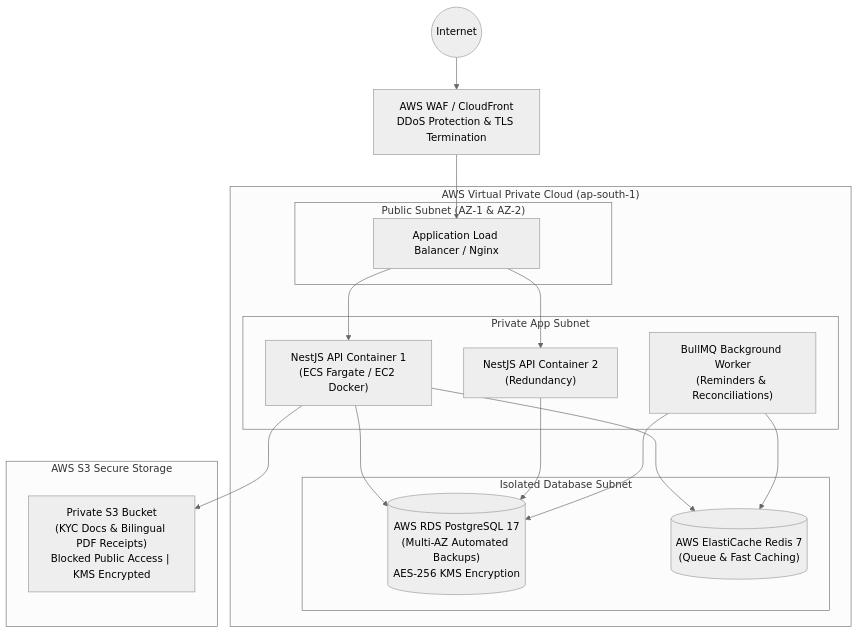
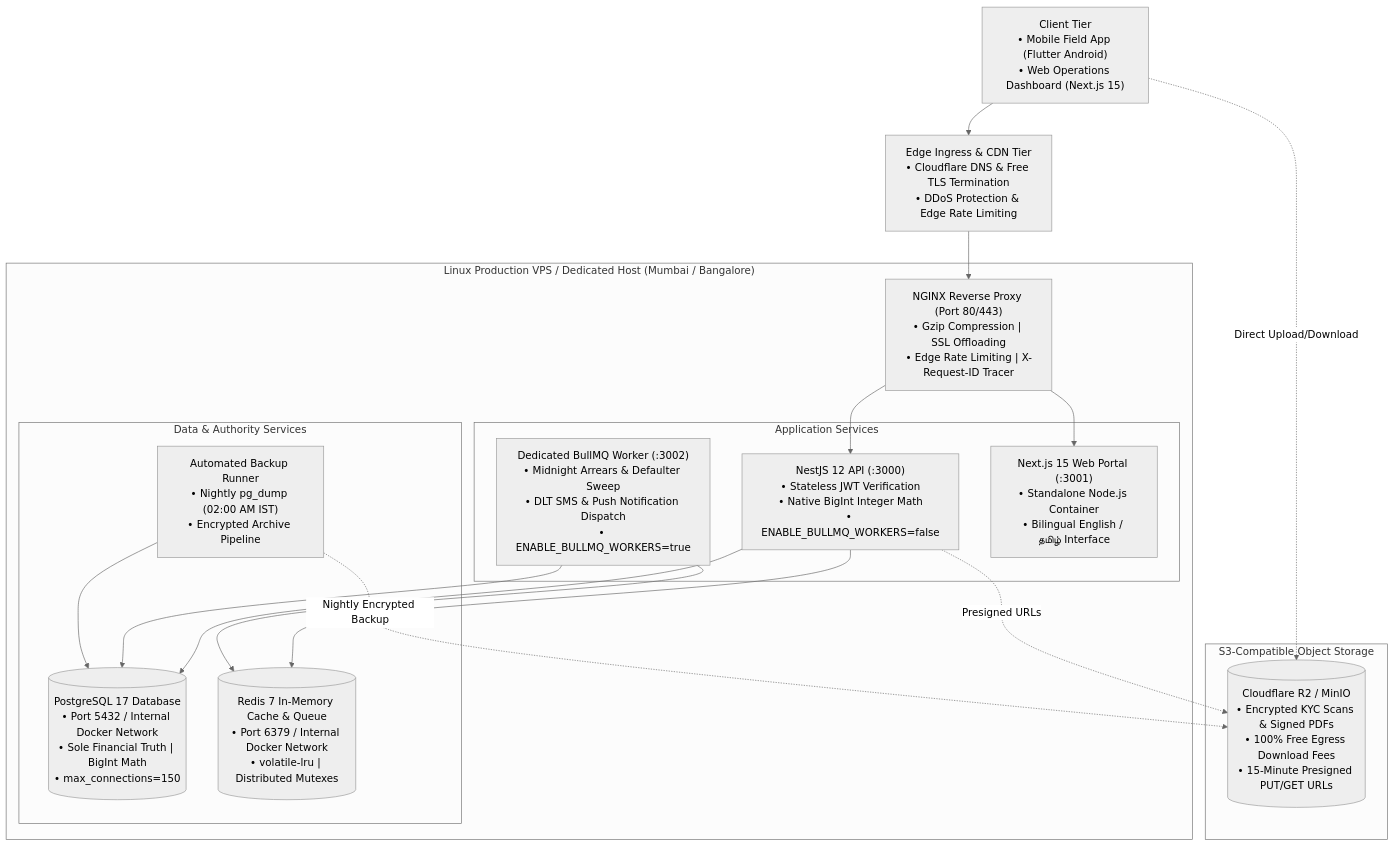
One commit to Kathir-24/Kumaran-finance changed the diagram in docs/06-devops/infrastructure-and-drp.md. Above: the diagram before and after it, drawn with Mermaid (neutral theme). The commit also changed other lines of this file and 34 other files, not shown here.

First line of the commit message:
docs(infra): establish flat-fee linux vps and cloudflare r2 as primary deployment architecture

````diff
--- a/docs/06-devops/infrastructure-and-drp.md
+++ b/docs/06-devops/infrastructure-and-drp.md
@@ -11,35 +14,39 @@
 ```mermaid
 flowchart TD
-    Internet((Internet)) --> WAF[AWS WAF / CloudFront\nDDoS Protection & TLS Termination]
-    WAF --> ALB[Application Load Balancer / Nginx]
-
-    subgraph VPC["AWS Virtual Private Cloud (ap-south-1)"]
-        subgraph PublicSubnet["Public Subnet (AZ-1 & AZ-2)"]
-            ALB
+    Clients["Client Tier\n• Mobile Field App (Flutter Android)\n• Web Operations Dashboard (Next.js 15)"]
+    
+    Cloudflare["Edge Ingress & CDN Tier\n• Cloudflare DNS & Free TLS Termination\n• DDoS Protection & Edge Rate Limiting"]
+    
+    subgraph HostServer ["Linux Production VPS / Dedicated Host (Mumbai / Bangalore)"]
+        Nginx["NGINX Reverse Proxy (Port 80/443)\n• Gzip Compression | SSL Offloading\n• Edge Rate Limiting | X-Request-ID Tracer"]
+        
+        subgraph AppTier ["Application Services"]
+            API["NestJS 12 API (:3000)\n• Stateless JWT Verification\n• Native BigInt Integer Math\n• ENABLE_BULLMQ_WORKERS=false"]
+            Worker["Dedicated BullMQ Worker (:3002)\n• Midnight Arrears & Defaulter Sweep\n• DLT SMS & Push Notification Dispatch\n• ENABLE_BULLMQ_WORKERS=true"]
+            Web["Next.js 15 Web Portal (:3001)\n• Standalone Node.js Container\n• Bilingual English / தமிழ் Interface"]
         end
-
-        subgraph PrivateSubnet["Private App Subnet"]
-            App1["NestJS API Container 1\n(ECS Fargate / EC2 Docker)"]
-            App2["NestJS API Container 2\n(Redundancy)"]
-            Worker["BullMQ Background Worker\n(Reminders & Reconciliations)"]
-        end
-
-        subgraph SecureDataSubnet["Isolated Database Subnet"]
-            RDS[("AWS RDS PostgreSQL 17\n(Multi-AZ Automated Backups)\nAES-256 KMS Encryption")]
-            Redis[("AWS ElastiCache Redis 7\n(Queue & Fast Caching)")]
+        
+        subgraph DataTier ["Data & Authority Services"]
+            DB[("PostgreSQL 17 Database\n• Port 5432 / Internal Docker Network\n• Sole Financial Truth | BigInt Math\n• max_connections=150")]
+            Redis[("Redis 7 In-Memory Cache & Queue\n• Port 6379 / Internal Docker Network\n• volatile-lru | Distributed Mutexes")]
+            BackupCron["Automated Backup Runner\n• Nightly pg_dump (02:00 AM IST)\n• Encrypted Archive Pipeline"]
         end
     end
-
-    subgraph S3Bucket["AWS S3 Secure Storage"]
-        KYCBucket["Private S3 Bucket\n(KYC Docs & Bilingual PDF Receipts)\nBlocked Public Access | KMS Encrypted"]
+    
+    subgraph StorageTier ["S3-Compatible Object Storage"]
+        R2[("Cloudflare R2 / MinIO\n• Encrypted KYC Scans & Signed PDFs\n• 100% Free Egress Download Fees\n• 15-Minute Presigned PUT/GET URLs")]
     end
 
-    ALB --> App1
-    ALB --> App2
-    App1 --> RDS
-    App2 --> RDS
-    App1 --> Redis
+    Clients --> Cloudflare
+    Cloudflare --> Nginx
+    Nginx --> API
+    Nginx --> Web
+    API --> DB
+    API --> Redis
+    Worker --> DB
     Worker --> Redis
-    Worker --> RDS
-    App1 --> KYCBucket
+    BackupCron --> DB
+    BackupCron -.->|Nightly Encrypted Backup| R2
+    API -.->|Presigned URLs| R2
+    Clients -.->|Direct Upload/Download| R2
 ```
````
